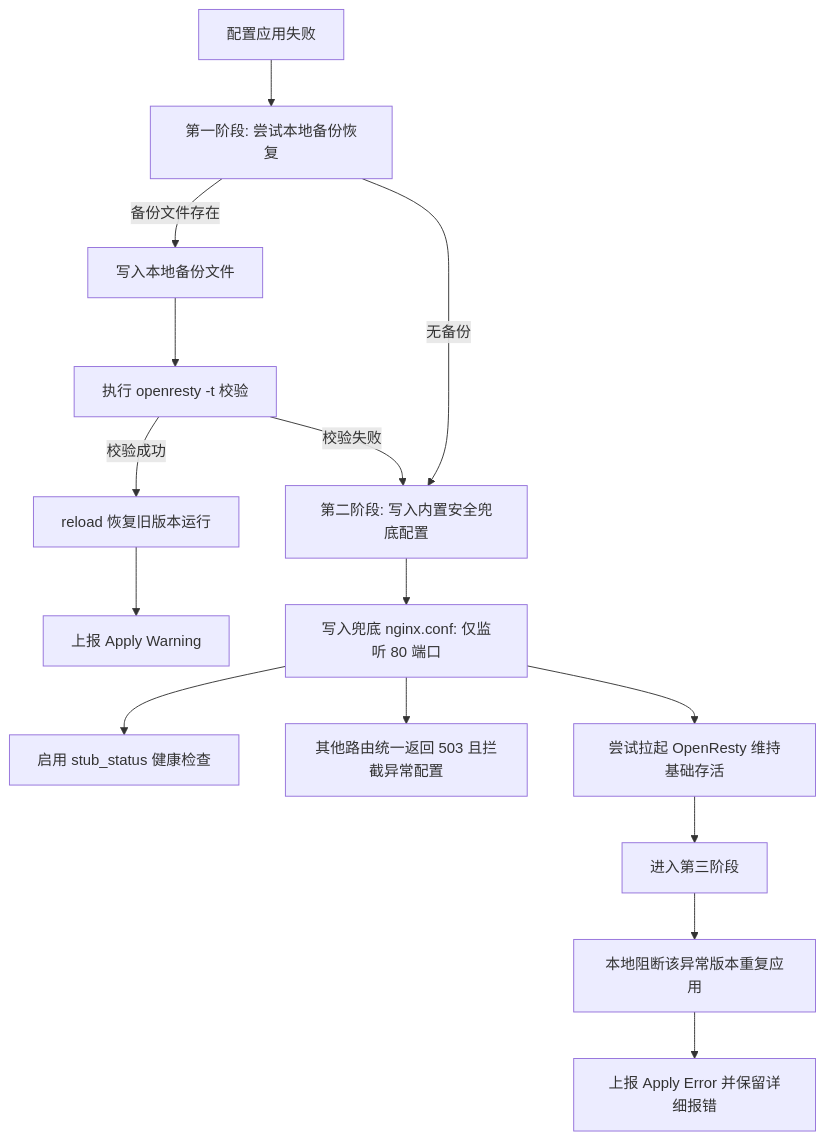
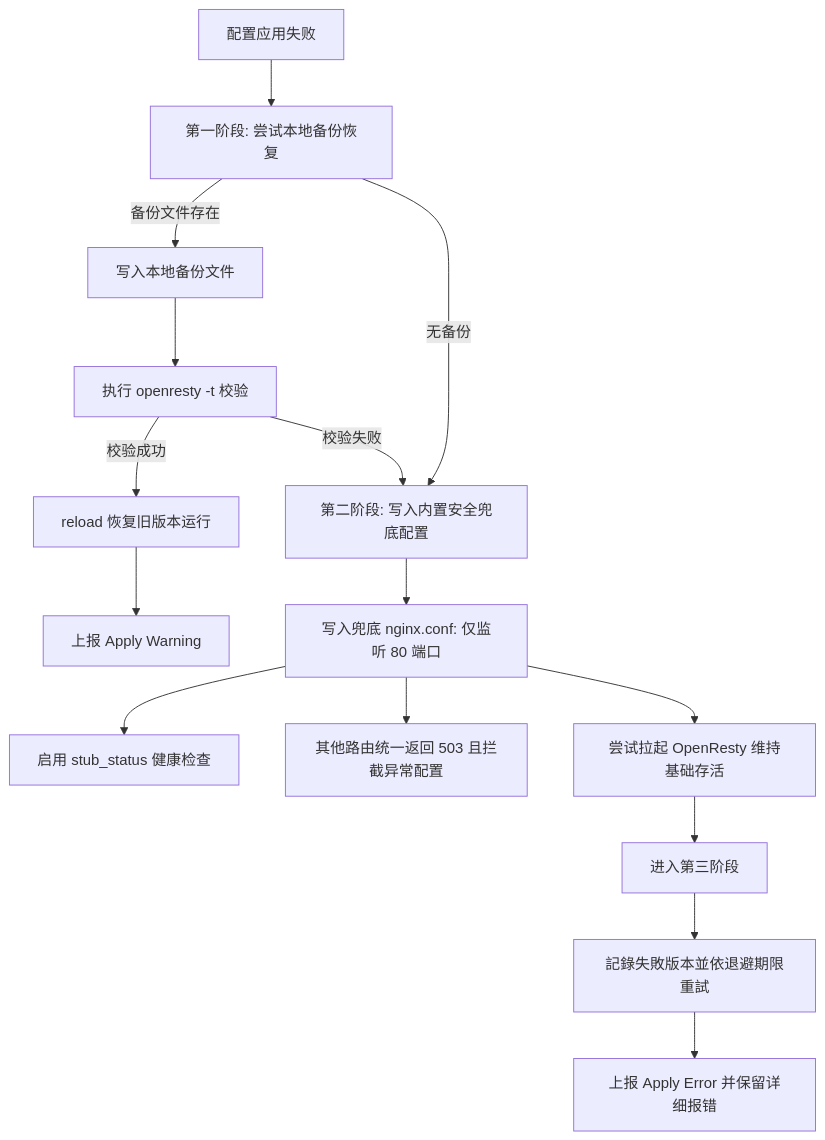
Before and after one commit to XiaoLong-Taiwan/openflare-longshang: the second of 2 diagrams in docs/design/agent-design.md, drawn with Mermaid. The commit also changed other lines of this file and 82 other files, not shown here.

````diff
--- a/docs/design/agent-design.md
+++ b/docs/design/agent-design.md
@@ -128,17 +128,17 @@
 ```mermaid
 graph TD
     A[配置应用失败] --> B[第一阶段: 尝试本地备份恢复]
     B -- 备份文件存在 --> C[写入本地备份文件]
     C --> D[执行 openresty -t 校验]
     D -- 校验成功 --> E[reload 恢复旧版本运行]
     D -- 校验失败 --> F[进入第二阶段]
     B -- 无备份 --> F[第二阶段: 写入内置安全兜底配置]
     F --> G[写入兜底 nginx.conf: 仅监听 80 端口]
     G --> H[启用 stub_status 健康检查]
     G --> I[其他路由统一返回 503 且拦截异常配置]
     G --> J[尝试拉起 OpenResty 维持基础存活]
     J --> K[进入第三阶段]
     E --> L[上报 Apply Warning]
-    K --> M[本地阻断该异常版本重复应用]
+    K --> M[記錄失敗版本並依退避期限重試]
     M --> N[上报 Apply Error 并保留详细报错]
 ```
````
